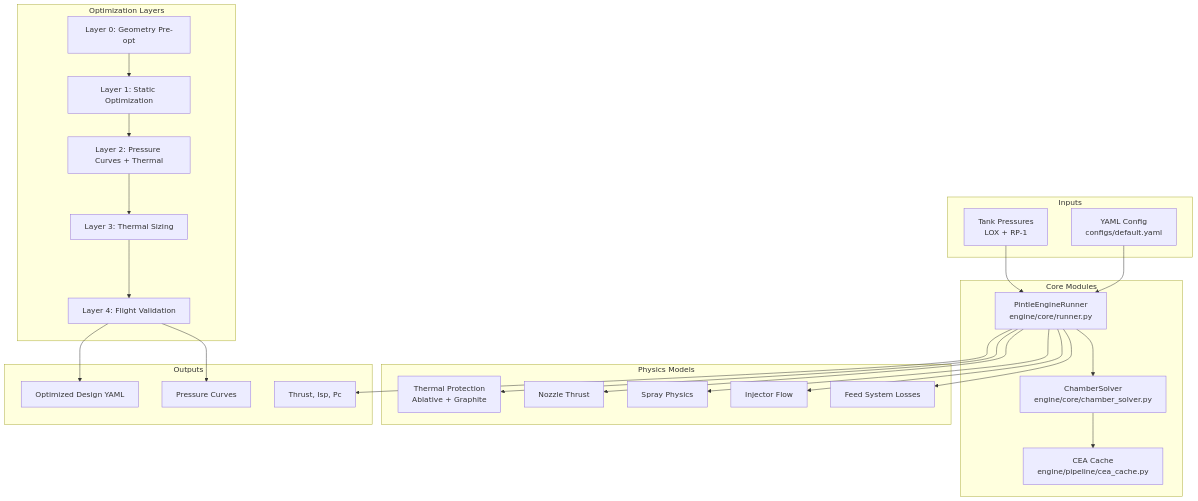
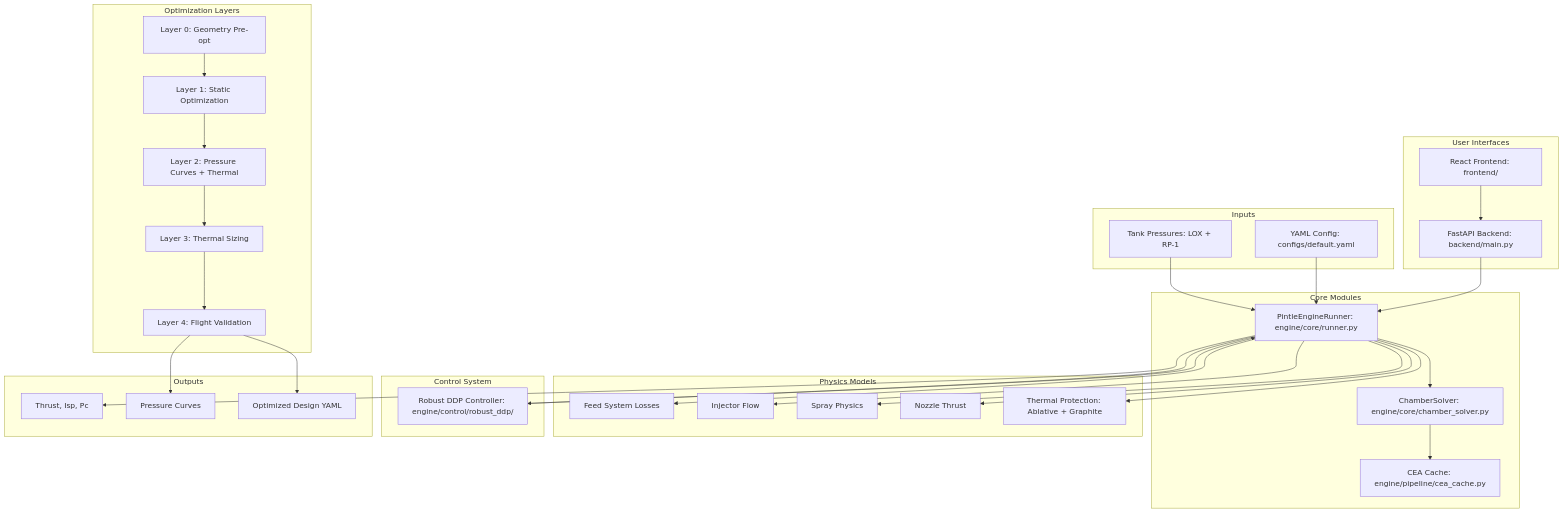
The diagram in README.md (calstar/EngineDesign), drawn with Mermaid before and after one commit. The commit also changed other lines of this file, not shown here.

````diff
--- a/README.md
+++ b/README.md
@@ -18,54 +18,69 @@
 ```mermaid
 flowchart TB
     subgraph inputs [Inputs]
-        TankP[Tank Pressures<br/>LOX + RP-1]
-        Config[YAML Config<br/>configs/default.yaml]
+        TankP["Tank Pressures: LOX + RP-1"]
+        Config["YAML Config: configs/default.yaml"]
     end
 
     subgraph core [Core Modules]
-        Runner[PintleEngineRunner<br/>engine/core/runner.py]
-        Solver[ChamberSolver<br/>engine/core/chamber_solver.py]
-        CEA[CEA Cache<br/>engine/pipeline/cea_cache.py]
+        Runner["PintleEngineRunner: engine/core/runner.py"]
+        Solver["ChamberSolver: engine/core/chamber_solver.py"]
+        CEA["CEA Cache: engine/pipeline/cea_cache.py"]
     end
 
     subgraph physics [Physics Models]
         Feed[Feed System Losses]
         Injector[Injector Flow]
         Spray[Spray Physics]
         Nozzle[Nozzle Thrust]
-        Thermal[Thermal Protection<br/>Ablative + Graphite]
+        Thermal["Thermal Protection: Ablative + Graphite"]
     end
 
     subgraph optimizer [Optimization Layers]
-        L0[Layer 0: Geometry Pre-opt]
-        L1[Layer 1: Static Optimization]
-        L2[Layer 2: Pressure Curves + Thermal]
-        L3[Layer 3: Thermal Sizing]
-        L4[Layer 4: Flight Validation]
+        L0["Layer 0: Geometry Pre-opt"]
+        L1["Layer 1: Static Optimization"]
+        L2["Layer 2: Pressure Curves + Thermal"]
+        L3["Layer 3: Thermal Sizing"]
+        L4["Layer 4: Flight Validation"]
+    end
+
+    subgraph control [Control System]
+        DDP["Robust DDP Controller: engine/control/robust_ddp/"]
+    end
+
+    subgraph interfaces [User Interfaces]
+        Backend["FastAPI Backend: backend/main.py"]
+        Frontend["React Frontend: frontend/"]
     end
 
     subgraph outputs [Outputs]
-        Thrust[Thrust, Isp, Pc]
+        Thrust["Thrust, Isp, Pc"]
         Curves[Pressure Curves]
-        Design[Optimized Design YAML]
+        Design["Optimized Design YAML"]
     end
 
     TankP --> Runner
     Config --> Runner
     Runner --> Solver
     Solver --> CEA
     Runner --> Feed
     Runner --> Injector
     Runner --> Spray
     Runner --> Nozzle
     Runner --> Thermal
 
     L0 --> L1
     L1 --> L2
     L2 --> L3
     L3 --> L4
 
+    Runner --> DDP
+    DDP --> Runner
+
     Runner --> Thrust
     L4 --> Curves
     L4 --> Design
+
+    Backend --> Runner
+    Frontend --> Backend
 ```
````
